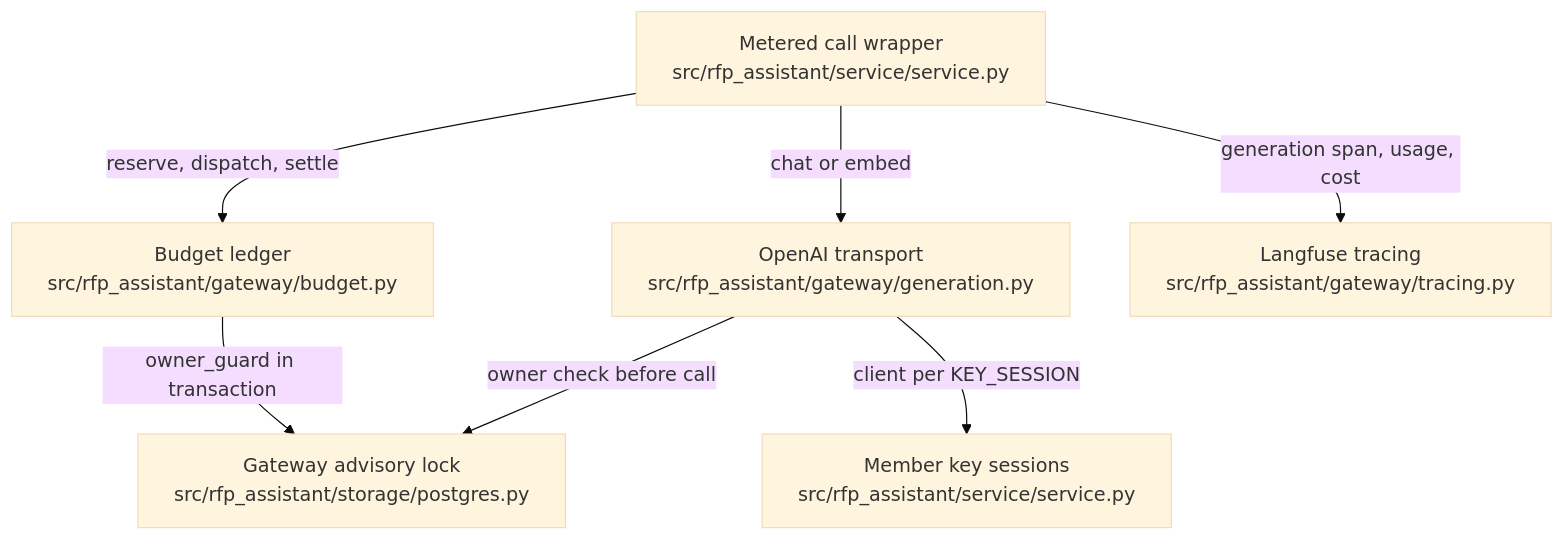
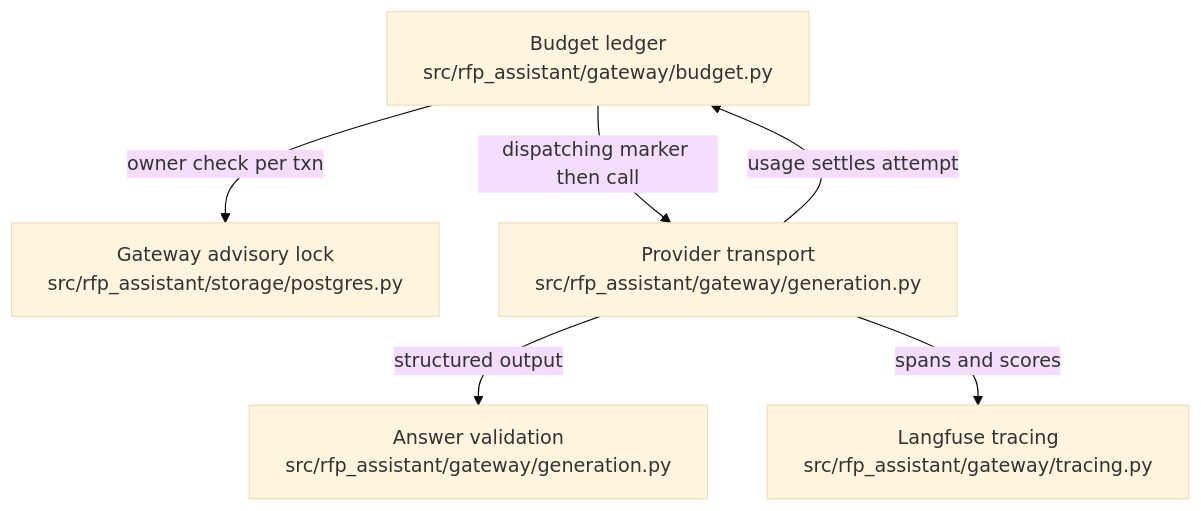
Before and after one commit to littleeeeebit/project-codeit-mid: the diagram in .omm/overall-architecture/paid-gateway/diagram.mmd, drawn with Mermaid (base theme). The commit also changed 346 other files, not shown here.

Commit message:
Refresh wiki and architecture before merge

```diff
--- a/.omm/overall-architecture/paid-gateway/diagram.mmd
+++ b/.omm/overall-architecture/paid-gateway/diagram.mmd
@@ -1,13 +1,6 @@
 graph TD
-  metered-call["Metered call wrapper\nsrc/rfp_assistant/service/service.py"]
-  budget-ledger["Budget ledger\nsrc/rfp_assistant/gateway/budget.py"]
-  gateway-owner["Gateway advisory lock\nsrc/rfp_assistant/storage/postgres.py"]
-  openai-transport["OpenAI transport\nsrc/rfp_assistant/gateway/generation.py"]
-  key-sessions["Member key sessions\nsrc/rfp_assistant/service/service.py"]
-  tracing["Langfuse tracing\nsrc/rfp_assistant/gateway/tracing.py"]
-  metered-call -->|reserve, dispatch, settle| budget-ledger
-  budget-ledger -->|owner_guard in transaction| gateway-owner
-  metered-call -->|chat or embed| openai-transport
-  openai-transport -->|client per KEY_SESSION| key-sessions
-  openai-transport -->|owner check before call| gateway-owner
-  metered-call -->|generation span, usage, cost| tracing
+  ledger["Budget ledger\nsrc/rfp_assistant/gateway/budget.py"] -->|"owner check per txn"| gateway-owner["Gateway advisory lock\nsrc/rfp_assistant/storage/postgres.py"]
+  ledger -->|"dispatching marker then call"| transport["Provider transport\nsrc/rfp_assistant/gateway/generation.py"]
+  transport -->|"usage settles attempt"| ledger
+  transport -->|"structured output"| answer-validation["Answer validation\nsrc/rfp_assistant/gateway/generation.py"]
+  transport -->|"spans and scores"| tracing["Langfuse tracing\nsrc/rfp_assistant/gateway/tracing.py"]
```
